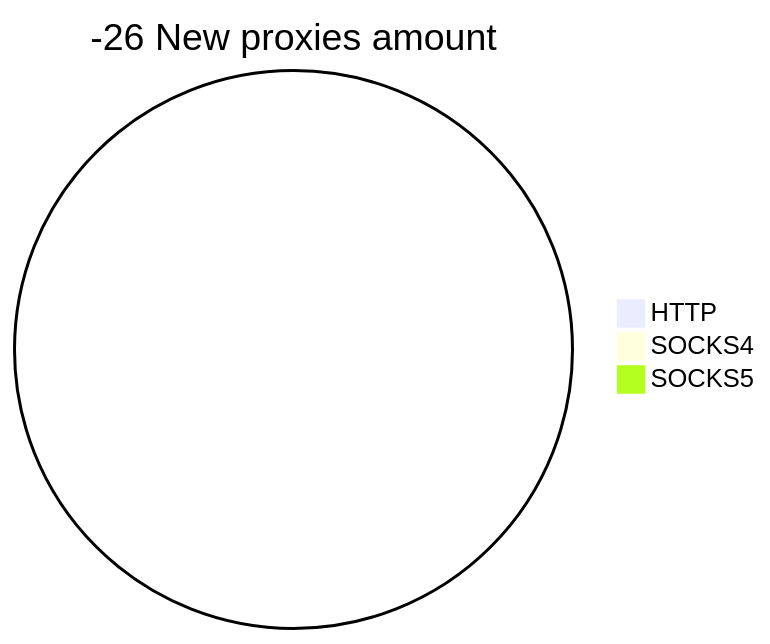
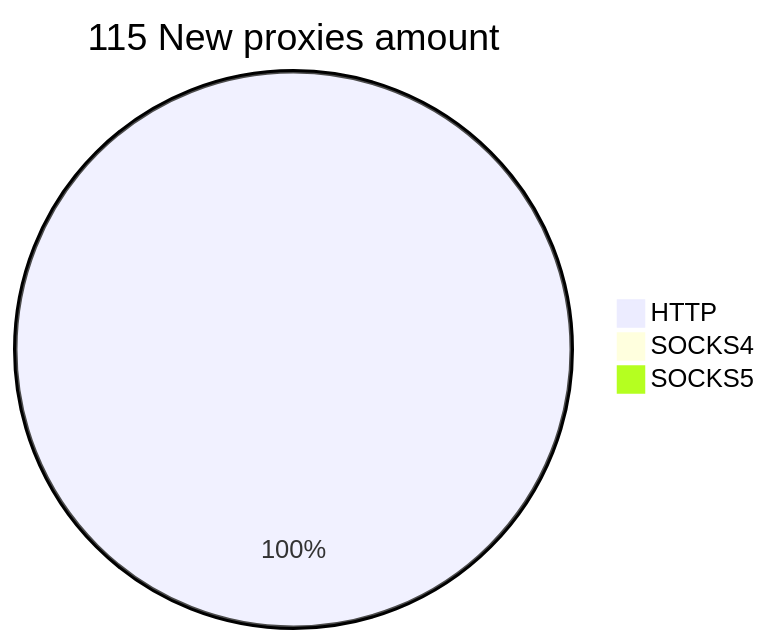
Before and after one commit to cutipu/proxylist: the second of 2 diagrams in README.md, drawn with Mermaid. The commit also changed other lines of this file, not shown here.

````diff
--- a/README.md
+++ b/README.md
@@ -10,6 +10,6 @@
 ```mermaid
-pie title -26 New proxies amount
-    "HTTP" : 0
+pie title 115 New proxies amount
+    "HTTP" : 115
     "SOCKS4" : 0
     "SOCKS5" : 0
 ```
````
